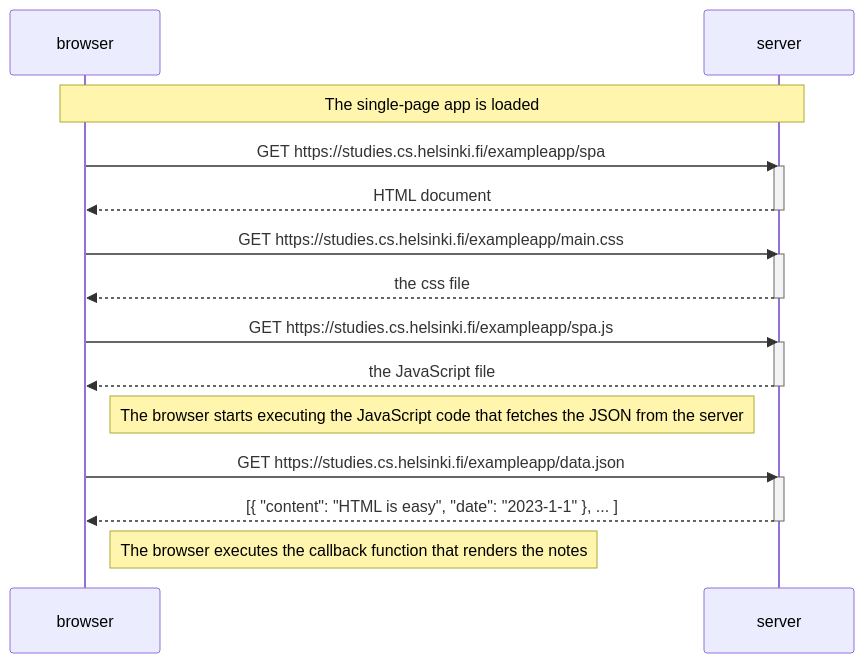
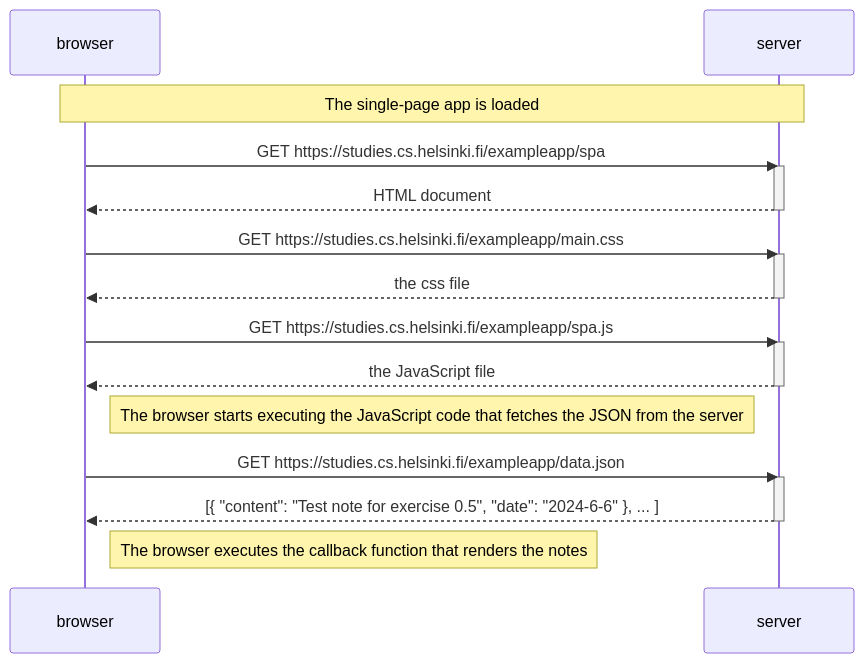
One commit to obhi1kenobhi/FSO changed the diagram in part0/exercise_0_5.md. Above: the diagram before and after it, drawn with Mermaid. The commit also changed 2 other files, not shown here.

Commit message:
exercises 0.4, 0.5 and 0.6

````diff
--- a/part0/exercise_0_5.md
+++ b/part0/exercise_0_5.md
@@ -1,31 +1,31 @@
 ```mermaid
     sequenceDiagram
         participant browser
         participant server
 
         Note over browser,server: The single-page app is loaded
     
         browser->>server: GET https://studies.cs.helsinki.fi/exampleapp/spa
         activate server
         server-->>browser: HTML document
         deactivate server
     
         browser->>server: GET https://studies.cs.helsinki.fi/exampleapp/main.css
         activate server
         server-->>browser: the css file
         deactivate server
     
         browser->>server: GET https://studies.cs.helsinki.fi/exampleapp/spa.js
         activate server
         server-->>browser: the JavaScript file
         deactivate server
     
         Note right of browser: The browser starts executing the JavaScript code that fetches the JSON from the server
     
         browser->>server: GET https://studies.cs.helsinki.fi/exampleapp/data.json
         activate server
-        server-->>browser: [{ "content": "HTML is easy", "date": "2023-1-1" }, ... ]
+        server-->>browser: [{ "content": "Test note for exercise 0.5", "date": "2024-6-6" }, ... ]
         deactivate server
 
         Note right of browser: The browser executes the callback function that renders the notes
 ```
````
